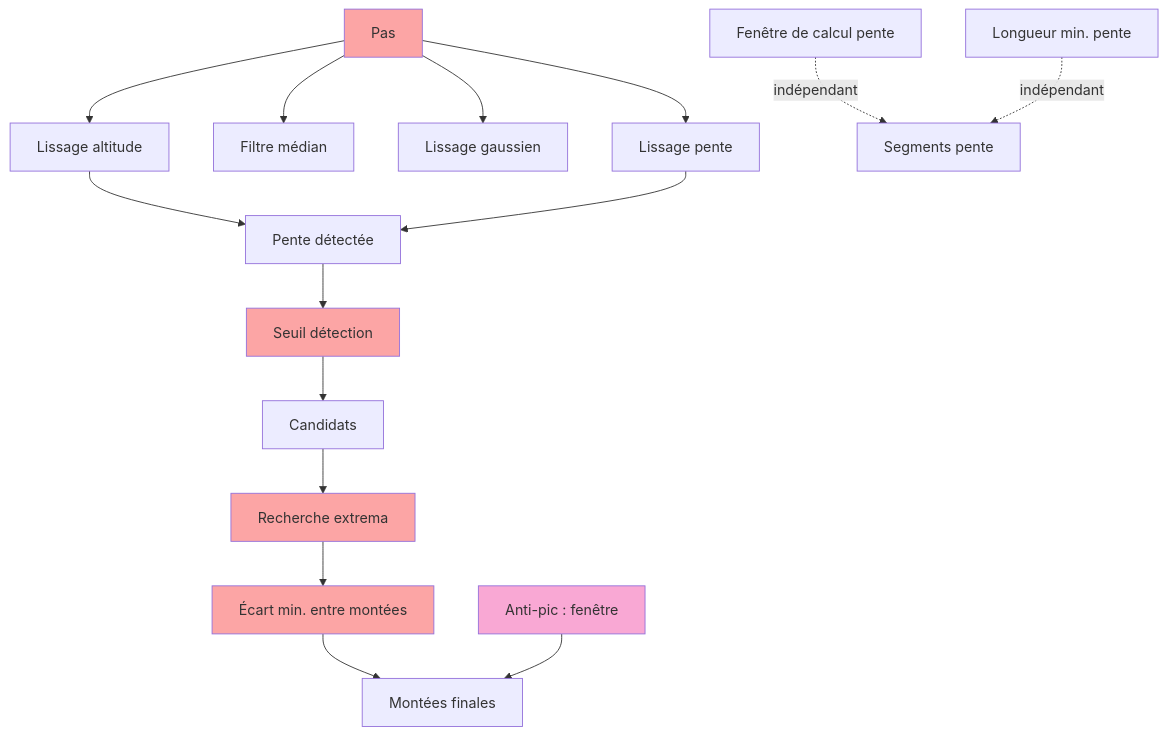
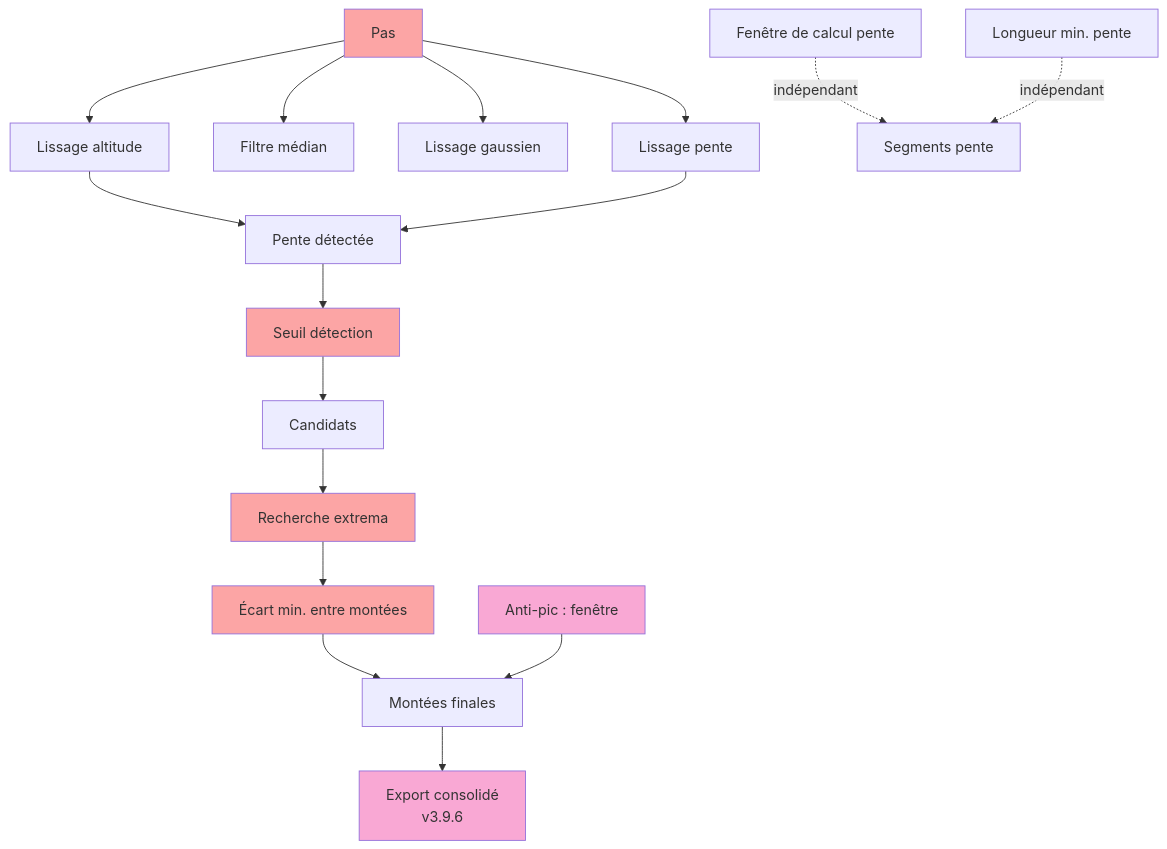
One commit to JMBaubet/VisuGPS2 changed diagram 12 of 16 in features/altimetrie/MUT.md. Above: the diagram before and after it, drawn with Mermaid. The commit also changed other lines of this file and 4 other files, not shown here.

````diff
--- a/features/altimetrie/MUT.md
+++ b/features/altimetrie/MUT.md
@@ -1279,25 +1248,27 @@
 ```mermaid
 flowchart TD
     A[Pas] --> B[Lissage altitude]
     A --> C[Filtre médian]
     A --> D[Lissage gaussien]
     A --> E[Lissage pente]
 
     B --> G[Pente détectée]
     E --> G
     G --> H[Seuil détection]
     H --> I[Candidats]
     I --> J[Recherche extrema]
     J --> K[Écart min. entre montées]
     K --> L[Montées finales]
 
     F[Anti-pic : fenêtre] --> L
     M[Fenêtre de calcul pente] -.->|indépendant| N[Segments pente]
     O[Longueur min. pente] -.->|indépendant| N
+    L --> P[Export consolidé<br/>v3.9.6]
 
     style A fill:#fca5a5
     style H fill:#fca5a5
     style J fill:#fca5a5
     style K fill:#fca5a5
     style F fill:#f9a8d4
+    style P fill:#f9a8d4
 ```
````
